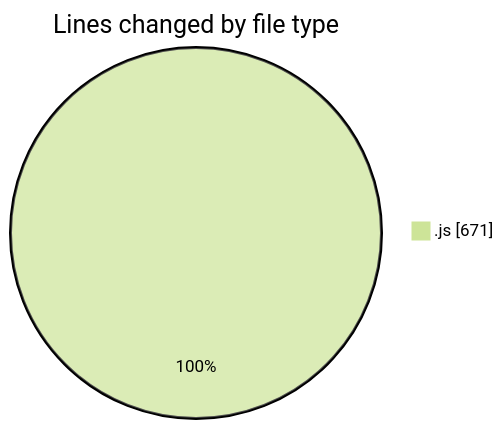
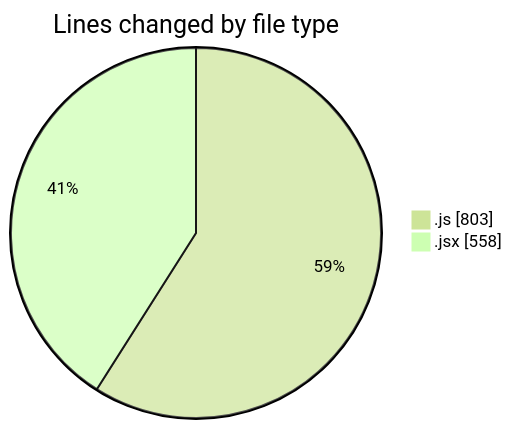
The first of 2 diagrams in 2025-08-05/nxtqube_webapp/README.md (nxtqubesakshisongat/code-tracking), drawn with Mermaid (forest theme) before and after one commit. The commit also changed other lines of this file and 1 other file, not shown here.

````diff
--- a/2025-08-05/nxtqube_webapp/README.md
+++ b/2025-08-05/nxtqube_webapp/README.md
@@ -20,5 +22,6 @@
 ```mermaid
 pie showData
 title Lines changed by file type
-".js" : 671
+".js" : 803
+".jsx" : 558
 ```
````
